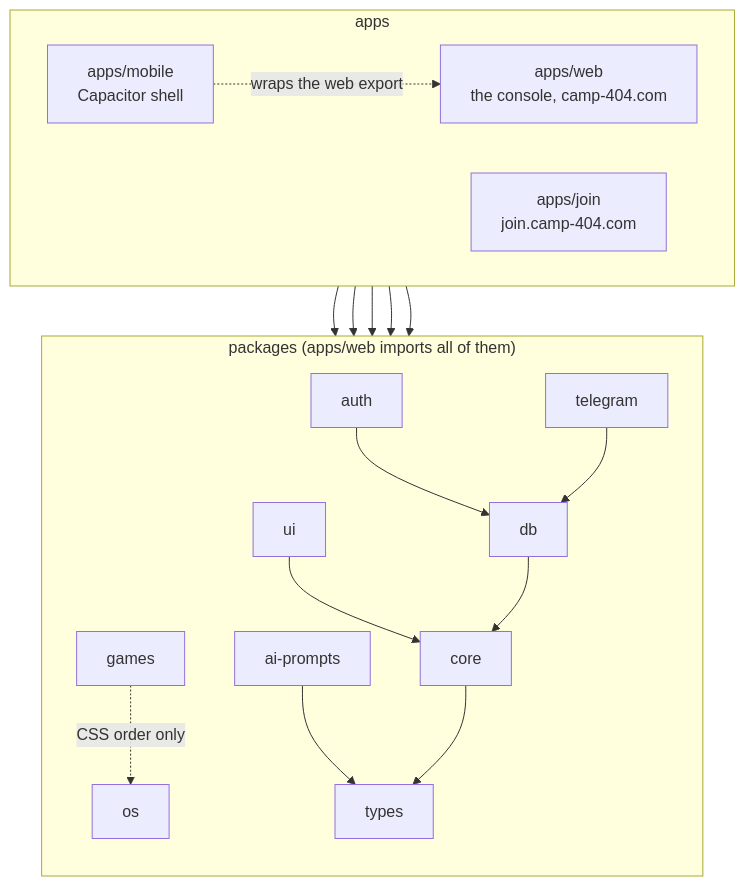
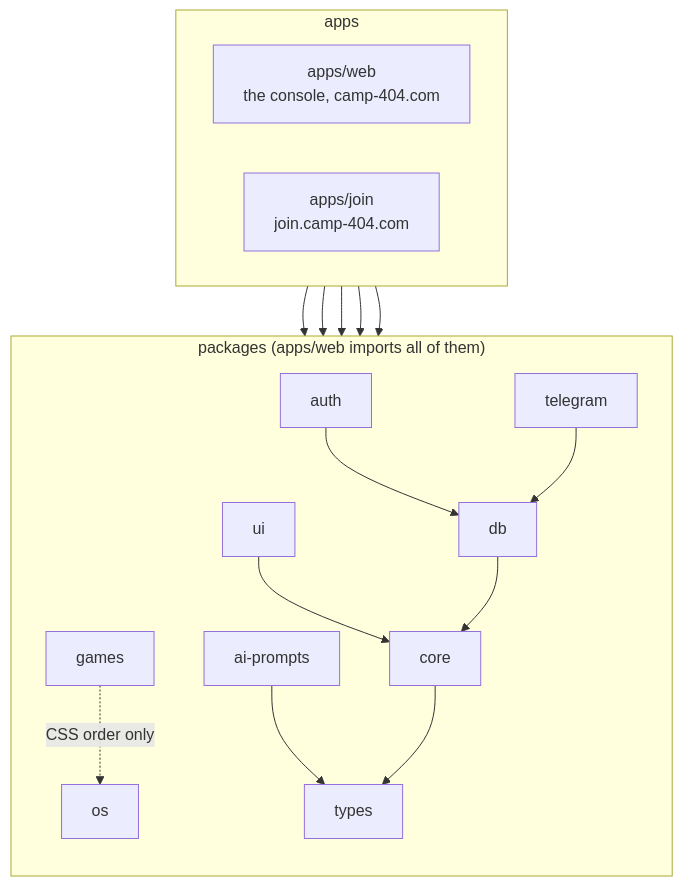
Before and after one commit to RyRy79261/camp-404: the diagram in README.md, drawn with Mermaid. The commit also changed other lines of this file and 15 other files, not shown here.

First line of the commit message:
chore: remove the unshipped Capacitor shell and pin deps past today's advisories so supply-chain passes (#367)

````diff
--- a/README.md
+++ b/README.md
@@ -76,26 +75,24 @@
 ```mermaid
 flowchart TB
   subgraph apps
     direction LR
-    mobile["apps/mobile<br/>Capacitor shell"]
     web["apps/web<br/>the console, camp-404.com"]
     join["apps/join<br/>join.camp-404.com"]
   end
   subgraph packages["packages (apps/web imports all of them)"]
     direction TB
     ui["ui"] & os["os"] & games["games"] & auth["auth"] & telegram["telegram"] & prompts["ai-prompts"]
     db["db"]
     core["core"]
     types["types"]
   end
   web --> packages
-  mobile -. wraps the web export .-> web
   join --> os & games & db & types
   games -. CSS order only .-> os
   ui --> core
   auth --> db
   telegram --> db
   prompts --> types
   db --> core
   core --> types
 ```
````
